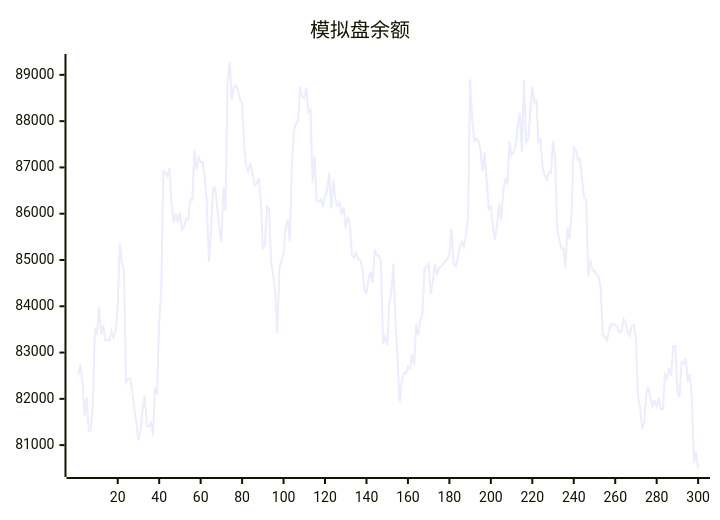
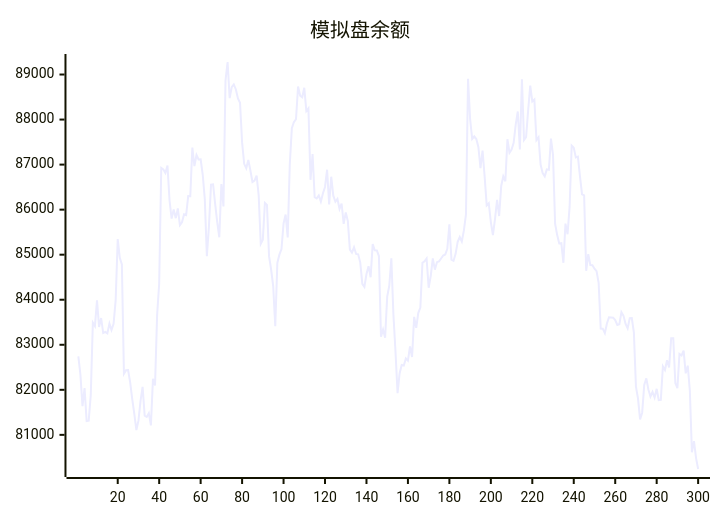
Before and after one commit to aahl/ai-trading: the diagram in README.md, drawn with Mermaid. The commit also changed other lines of this file and 1 other file, not shown here.

````diff
--- a/README.md
+++ b/README.md
@@ -5,5 +5,5 @@
 ```mermaid
 xychart
     title "模拟盘余额"
-    line [82520,82744,82337,81639,82040,81307,81314,81887,83490,83414,83984,83396,83594,83261,83287,83253,83470,83327,83465,83987,85348,84930,84786,82355,82433,82438,82167,81795,81466,81105,81315,81756,82064,81426,81398,81481,81210,82242,82099,83658,84359,86925,86892,86814,86980,86203,85802,86003,85811,86028,85657,85721,85896,85880,86300,86299,87378,86965,87214,87115,87118,86780,86238,84966,85623,86555,86562,86129,85722,85387,86569,86070,88870,89278,88477,88720,88781,88668,88467,88372,87493,87018,86917,87102,86870,86613,86644,86758,86317,85242,85334,86149,86106,84968,84671,84302,83410,84816,85001,85127,85693,85891,85384,87001,87811,87945,88007,88734,88528,88495,88705,88189,88248,86662,87234,86279,86251,86314,86177,86364,86503,86886,86114,86731,86310,86176,86240,86017,86136,85685,85938,85749,85111,85044,85164,85016,85008,84824,84354,84287,84572,84745,84500,85234,85096,85095,84970,83180,83338,83157,84070,84309,84922,83667,82850,81924,82369,82552,82539,82695,82648,82962,82728,83619,83378,83710,83825,84819,84854,84917,84265,84527,84919,84668,84834,84850,84916,84981,85004,85131,85674,84891,84864,85019,85284,85393,85294,85538,85894,88904,88012,87567,87625,87568,87386,86920,87313,86737,86094,86143,85725,85437,85787,86219,85859,86526,86740,86630,87563,87264,87335,87483,87886,88180,87335,88894,87544,87608,88207,88755,88401,88444,87543,87608,87000,86810,86740,86894,86884,87576,87209,85686,85435,85251,85255,84820,85689,85453,86066,87420,87373,87161,87178,86740,86341,86315,84643,85012,84772,84768,84690,84635,84376,83360,83357,83259,83474,83608,83606,83602,83548,83440,83454,83724,83644,83464,83365,83590,83592,83275,82072,81806,81344,81492,82109,82254,82006,81848,81955,81829,82022,81769,81776,82522,82441,82656,82498,83144,83144,82150,82038,82797,82763,82872,82367,82536,81981,80612,80862,80484]
+    line [82744,82337,81639,82040,81307,81314,81887,83490,83414,83984,83396,83594,83261,83287,83253,83470,83327,83465,83987,85348,84930,84786,82355,82433,82438,82167,81795,81466,81105,81315,81756,82064,81426,81398,81481,81210,82242,82099,83658,84359,86925,86892,86814,86980,86203,85802,86003,85811,86028,85657,85721,85896,85880,86300,86299,87378,86965,87214,87115,87118,86780,86238,84966,85623,86555,86562,86129,85722,85387,86569,86070,88870,89278,88477,88720,88781,88668,88467,88372,87493,87018,86917,87102,86870,86613,86644,86758,86317,85242,85334,86149,86106,84968,84671,84302,83410,84816,85001,85127,85693,85891,85384,87001,87811,87945,88007,88734,88528,88495,88705,88189,88248,86662,87234,86279,86251,86314,86177,86364,86503,86886,86114,86731,86310,86176,86240,86017,86136,85685,85938,85749,85111,85044,85164,85016,85008,84824,84354,84287,84572,84745,84500,85234,85096,85095,84970,83180,83338,83157,84070,84309,84922,83667,82850,81924,82369,82552,82539,82695,82648,82962,82728,83619,83378,83710,83825,84819,84854,84917,84265,84527,84919,84668,84834,84850,84916,84981,85004,85131,85674,84891,84864,85019,85284,85393,85294,85538,85894,88904,88012,87567,87625,87568,87386,86920,87313,86737,86094,86143,85725,85437,85787,86219,85859,86526,86740,86630,87563,87264,87335,87483,87886,88180,87335,88894,87544,87608,88207,88755,88401,88444,87543,87608,87000,86810,86740,86894,86884,87576,87209,85686,85435,85251,85255,84820,85689,85453,86066,87420,87373,87161,87178,86740,86341,86315,84643,85012,84772,84768,84690,84635,84376,83360,83357,83259,83474,83608,83606,83602,83548,83440,83454,83724,83644,83464,83365,83590,83592,83275,82072,81806,81344,81492,82109,82254,82006,81848,81955,81829,82022,81769,81776,82522,82441,82656,82498,83144,83144,82150,82038,82797,82763,82872,82367,82536,81981,80612,80862,80484,80242]
 ```
````
